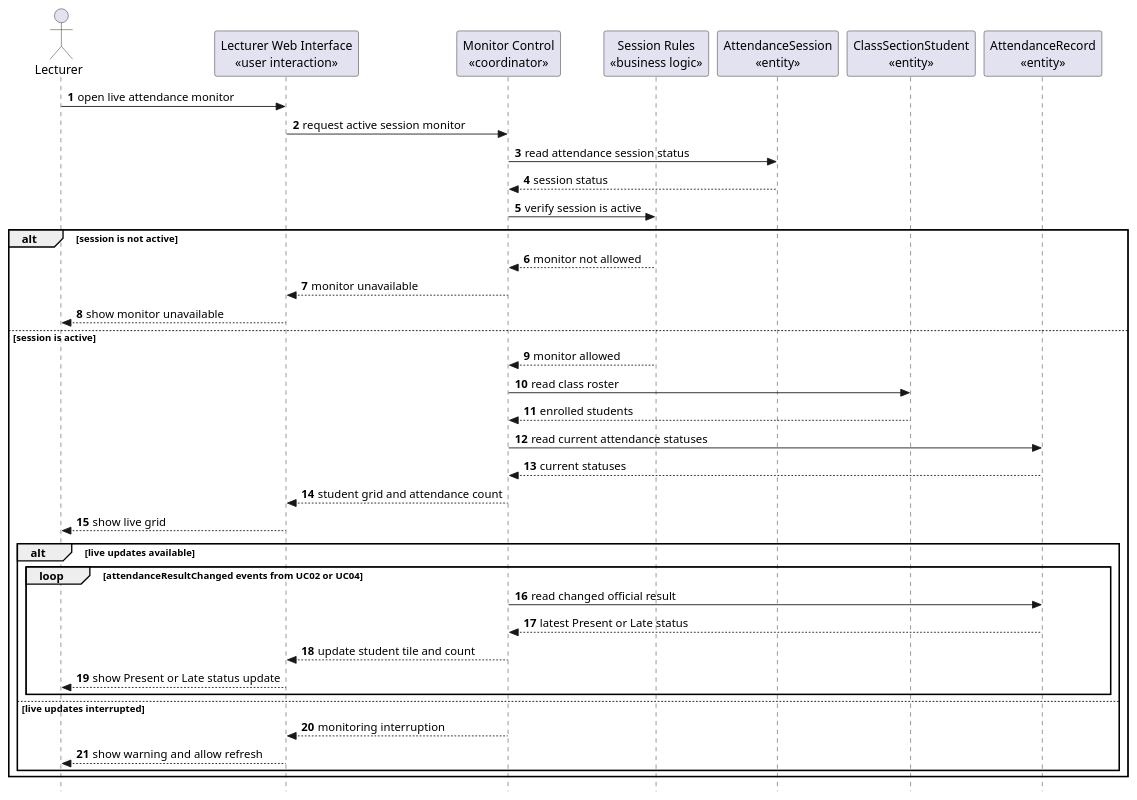
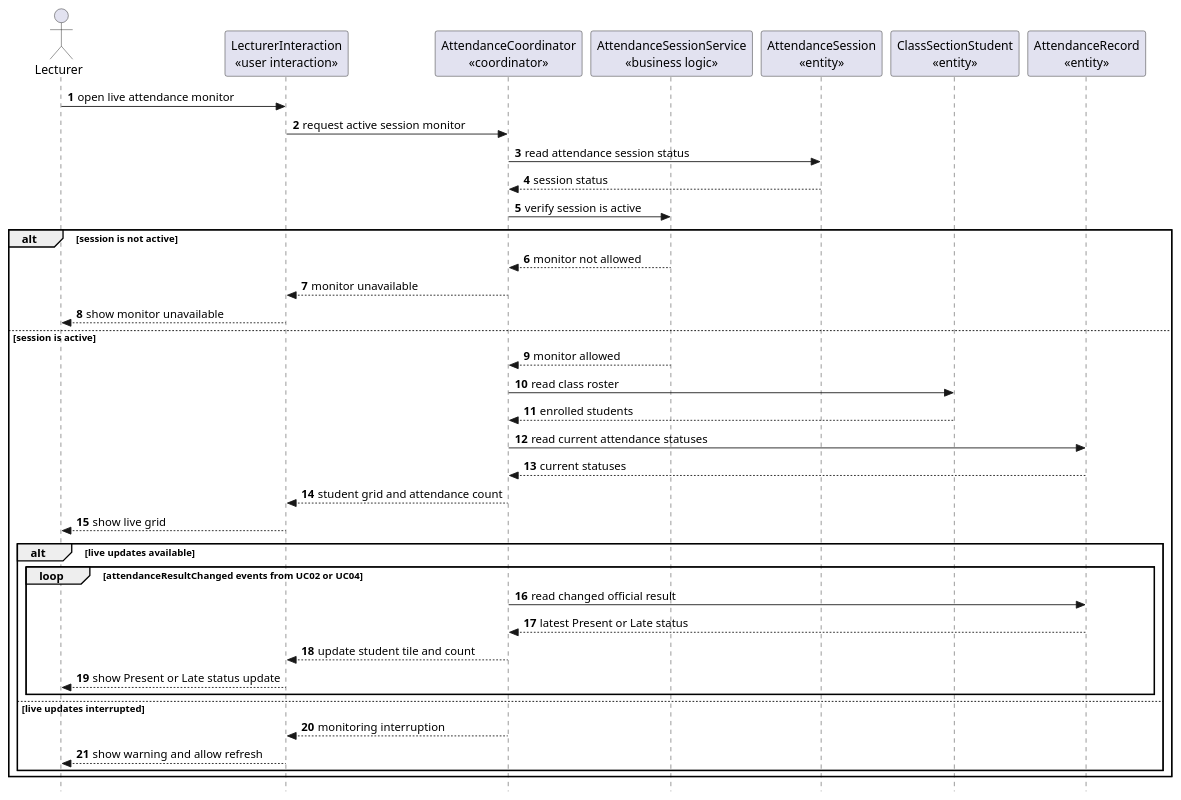
Diagram 17 of 29 in docs/sds/2_Analysis.md (nttung42/SWD392), drawn with PlantUML before and after one commit. The commit also changed other lines of this file and 5 other files, not shown here.

````diff
--- a/docs/sds/2_Analysis.md
+++ b/docs/sds/2_Analysis.md
@@ -939,45 +918,45 @@
 ```plantuml
 @startuml
 skinparam style strictuml
 autonumber
 actor "Lecturer" as Lecturer
-participant "Lecturer Web Interface\n«user interaction»" as LecturerUI
-participant "Monitor Control\n«coordinator»" as MonitorControl
-participant "Session Rules\n«business logic»" as SessionRules
+participant "LecturerInteraction\n«user interaction»" as LecturerUI
+participant "AttendanceCoordinator\n«coordinator»" as MonitorControl
+participant "AttendanceSessionService\n«business logic»" as SessionRules
 participant "AttendanceSession\n«entity»" as AttendanceSession
 participant "ClassSectionStudent\n«entity»" as ClassSectionStudent
 participant "AttendanceRecord\n«entity»" as AttendanceRecord
 
 Lecturer -> LecturerUI : open live attendance monitor
 LecturerUI -> MonitorControl : request active session monitor
 MonitorControl -> AttendanceSession : read attendance session status
 AttendanceSession --> MonitorControl : session status
 MonitorControl -> SessionRules : verify session is active
 
 alt session is not active
   SessionRules --> MonitorControl : monitor not allowed
   MonitorControl --> LecturerUI : monitor unavailable
   LecturerUI --> Lecturer : show monitor unavailable
 else session is active
   SessionRules --> MonitorControl : monitor allowed
   MonitorControl -> ClassSectionStudent : read class roster
   ClassSectionStudent --> MonitorControl : enrolled students
   MonitorControl -> AttendanceRecord : read current attendance statuses
   AttendanceRecord --> MonitorControl : current statuses
   MonitorControl --> LecturerUI : student grid and attendance count
   LecturerUI --> Lecturer : show live grid
 
   alt live updates available
     loop attendanceResultChanged events from UC02 or UC04
       MonitorControl -> AttendanceRecord : read changed official result
       AttendanceRecord --> MonitorControl : latest Present or Late status
       MonitorControl --> LecturerUI : update student tile and count
       LecturerUI --> Lecturer : show Present or Late status update
     end
   else live updates interrupted
     MonitorControl --> LecturerUI : monitoring interruption
     LecturerUI --> Lecturer : show warning and allow refresh
   end
 end
 @enduml
 ```
````
